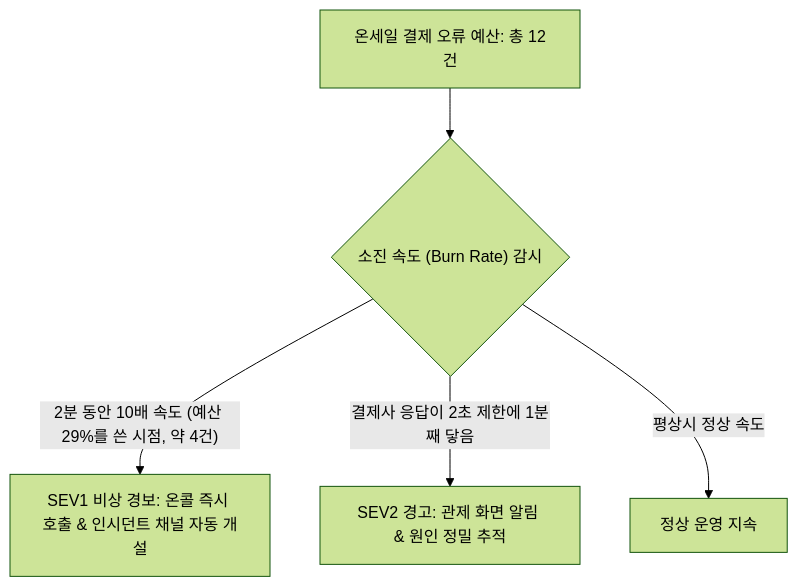
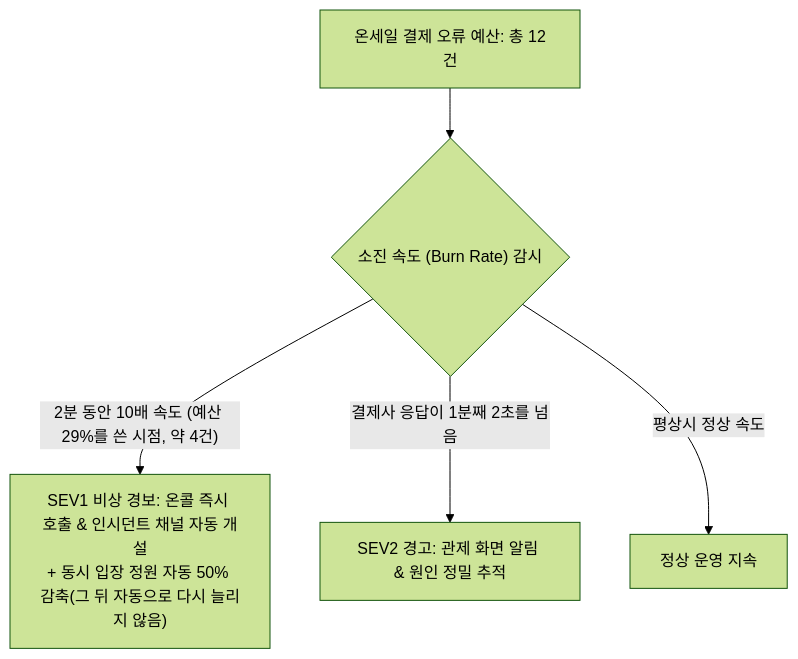
One commit to peaket/peaket changed the first of 2 diagrams in guide/10-control-tower.md. Above: the diagram before and after it, drawn with Mermaid (forest theme). The commit also changed other lines of this file and 228 other files, not shown here.

````diff
--- a/guide/10-control-tower.md
+++ b/guide/10-control-tower.md
@@ -39,8 +39,8 @@
 ```mermaid
 flowchart TD
     Budget["온세일 결제 오류 예산: 총 12건"] --> Monitor{"소진 속도 (Burn Rate) 감시"}
     
-    Monitor -->|"2분 동안 10배 속도 (예산 29%를 쓴 시점, 약 4건)"| SEV1["SEV1 비상 경보: 온콜 즉시 호출 & 인시던트 채널 자동 개설"]
-    Monitor -->|"결제사 응답이 2초 제한에 1분째 닿음"| SEV2["SEV2 경고: 관제 화면 알림 & 원인 정밀 추적"]
+    Monitor -->|"2분 동안 10배 속도 (예산 29%를 쓴 시점, 약 4건)"| SEV1["SEV1 비상 경보: 온콜 즉시 호출 & 인시던트 채널 자동 개설<br>+ 동시 입장 정원 자동 50% 감축(그 뒤 자동으로 다시 늘리지 않음)"]
+    Monitor -->|"결제사 응답이 1분째 2초를 넘음"| SEV2["SEV2 경고: 관제 화면 알림 & 원인 정밀 추적"]
     Monitor -->|평상시 정상 속도| Normal["정상 운영 지속"]
 ```
````
